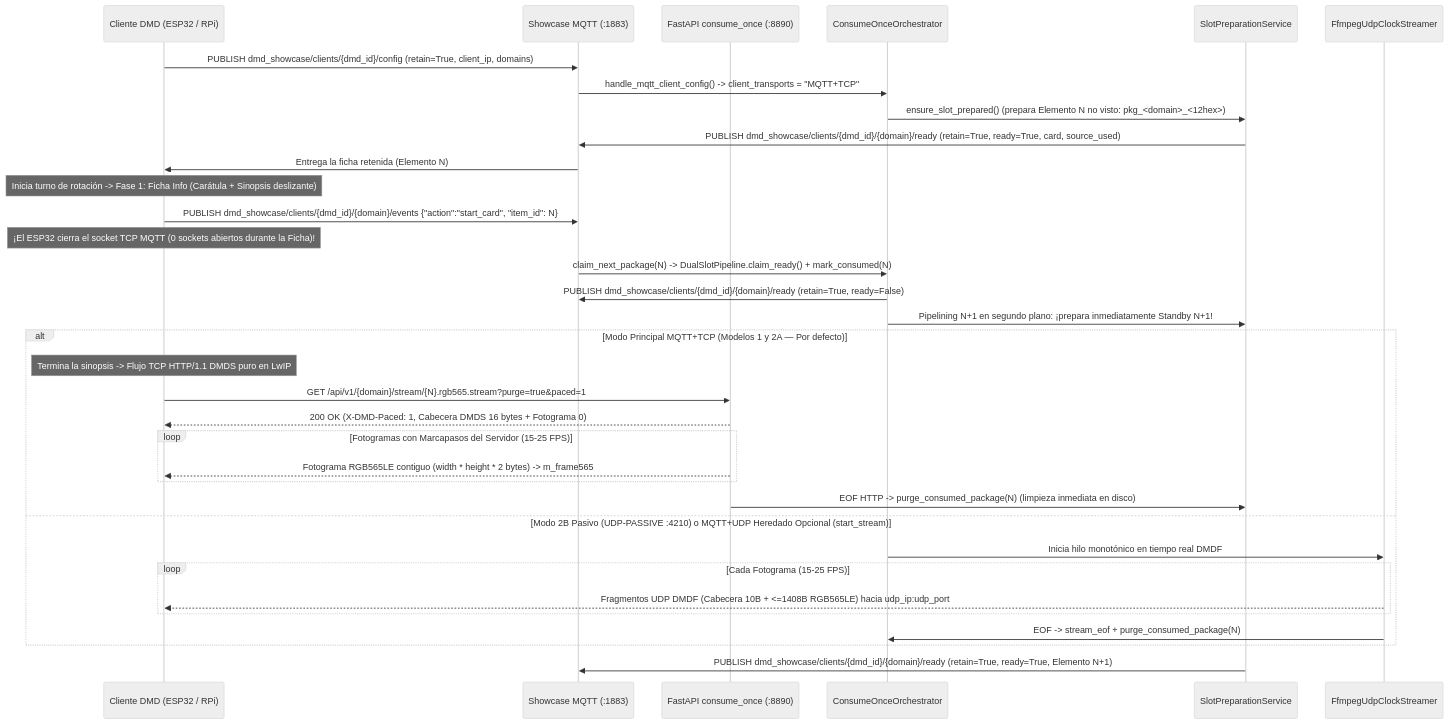
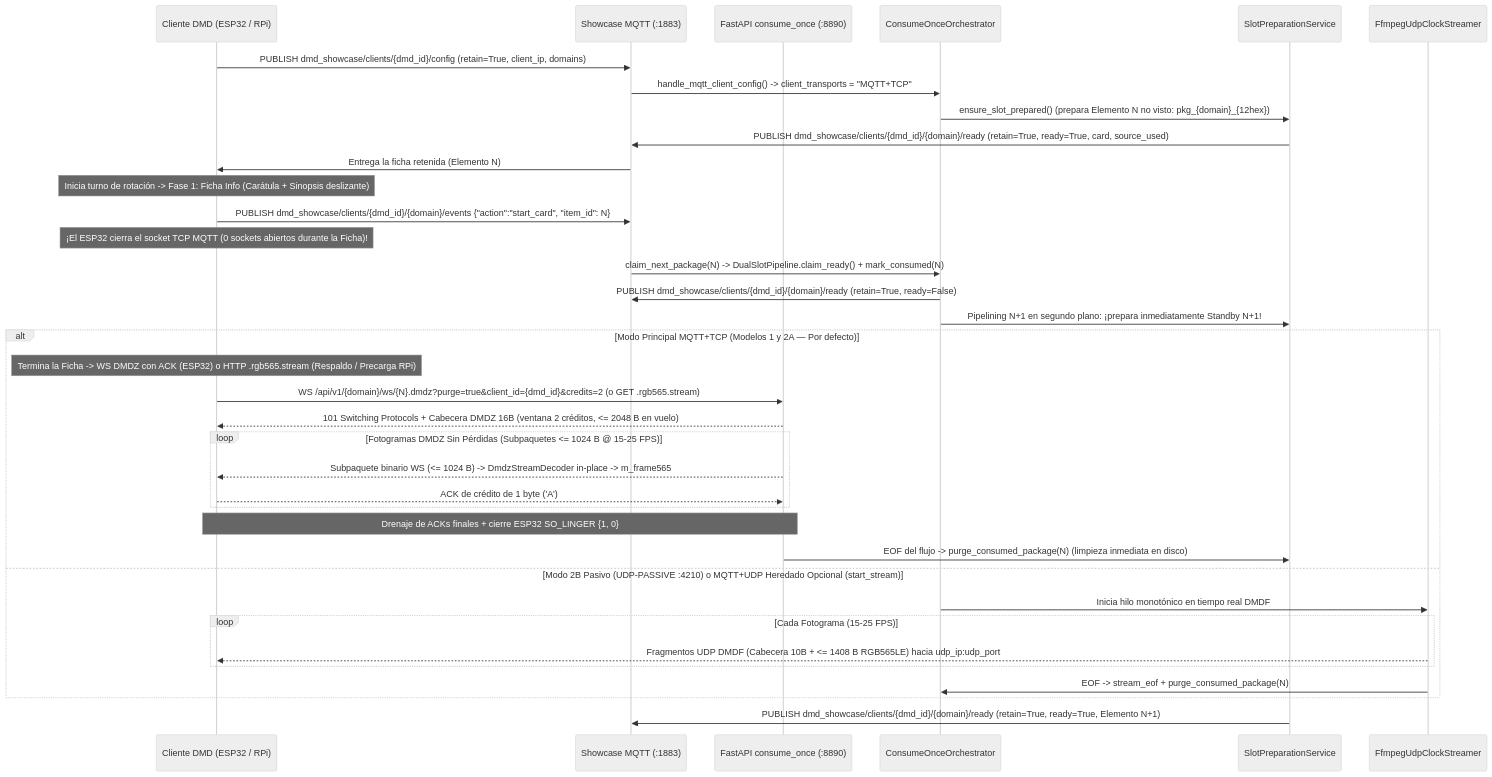
One commit to red77290/dmd_media_showcase changed the second of 2 diagrams in docs/ARCHITECTURE_ES.md. Above: the diagram before and after it, drawn with Mermaid (neutral theme). The commit also changed other lines of this file and 24 other files, not shown here.

Commit message:
docs(stream): document credit-acked DMDZ v1 WebSocket across OpenAPI, AsyncAPI, and trilingual guides

````diff
--- a/docs/ARCHITECTURE_ES.md
+++ b/docs/ARCHITECTURE_ES.md
@@ -143,39 +141,41 @@
 ```mermaid
 sequenceDiagram
     participant DMD as Cliente DMD (ESP32 / RPi)
     participant MQTT as Showcase MQTT (:1883)
     participant HTTP as FastAPI consume_once (:8890)
     participant ORCH as ConsumeOnceOrchestrator
     participant PREP as SlotPreparationService
     participant FFMPEG as FfmpegUdpClockStreamer
 
     DMD->>MQTT: PUBLISH dmd_showcase/clients/{dmd_id}/config (retain=True, client_ip, domains)
     MQTT->>ORCH: handle_mqtt_client_config() -> client_transports = "MQTT+TCP"
-    ORCH->>PREP: ensure_slot_prepared() (prepara Elemento N no visto: pkg_<domain>_<12hex>)
+    ORCH->>PREP: ensure_slot_prepared() (prepara Elemento N no visto: pkg_{domain}_{12hex})
     PREP->>MQTT: PUBLISH dmd_showcase/clients/{dmd_id}/{domain}/ready (retain=True, ready=True, card, source_used)
     MQTT->>DMD: Entrega la ficha retenida (Elemento N)
 
     Note over DMD: Inicia turno de rotación -> Fase 1: Ficha Info (Carátula + Sinopsis deslizante)
     DMD->>MQTT: PUBLISH dmd_showcase/clients/{dmd_id}/{domain}/events {"action":"start_card", "item_id": N}
     Note over DMD: ¡El ESP32 cierra el socket TCP MQTT (0 sockets abiertos durante la Ficha)!
     MQTT->>ORCH: claim_next_package(N) -> DualSlotPipeline.claim_ready() + mark_consumed(N)
     ORCH->>MQTT: PUBLISH dmd_showcase/clients/{dmd_id}/{domain}/ready (retain=True, ready=False)
     ORCH->>PREP: Pipelining N+1 en segundo plano: ¡prepara inmediatamente Standby N+1!
 
     alt Modo Principal MQTT+TCP (Modelos 1 y 2A — Por defecto)
-        Note over DMD: Termina la sinopsis -> Flujo TCP HTTP/1.1 DMDS puro en LwIP
-        DMD->>HTTP: GET /api/v1/{domain}/stream/{N}.rgb565.stream?purge=true&paced=1
-        HTTP-->>DMD: 200 OK (X-DMD-Paced: 1, Cabecera DMDS 16 bytes + Fotograma 0)
-        loop Fotogramas con Marcapasos del Servidor (15-25 FPS)
-            HTTP-->>DMD: Fotograma RGB565LE contiguo (width * height * 2 bytes) -> m_frame565
+        Note over DMD: Termina la Ficha -> WS DMDZ con ACK (ESP32) o HTTP .rgb565.stream (Respaldo / Precarga RPi)
+        DMD->>HTTP: WS /api/v1/{domain}/ws/{N}.dmdz?purge=true&client_id={dmd_id}&credits=2 (o GET .rgb565.stream)
+        HTTP-->>DMD: 101 Switching Protocols + Cabecera DMDZ 16B (ventana 2 créditos, <= 2048 B en vuelo)
+        loop Fotogramas DMDZ Sin Pérdidas (Subpaquetes <= 1024 B @ 15-25 FPS)
+            HTTP-->>DMD: Subpaquete binario WS (<= 1024 B) -> DmdzStreamDecoder in-place -> m_frame565
+            DMD-->>HTTP: ACK de crédito de 1 byte ('A')
         end
-        HTTP->>PREP: EOF HTTP -> purge_consumed_package(N) (limpieza inmediata en disco)
+        Note over DMD,HTTP: Drenaje de ACKs finales + cierre ESP32 SO_LINGER {1, 0}
+        HTTP->>PREP: EOF del flujo -> purge_consumed_package(N) (limpieza inmediata en disco)
     else Modo 2B Pasivo (UDP-PASSIVE :4210) o MQTT+UDP Heredado Opcional (start_stream)
         ORCH->>FFMPEG: Inicia hilo monotónico en tiempo real DMDF
         loop Cada Fotograma (15-25 FPS)
-            FFMPEG-->>DMD: Fragmentos UDP DMDF (Cabecera 10B + <=1408B RGB565LE) hacia udp_ip:udp_port
+            FFMPEG-->>DMD: Fragmentos UDP DMDF (Cabecera 10B + <= 1408 B RGB565LE) hacia udp_ip:udp_port
         end
         FFMPEG->>ORCH: EOF -> stream_eof + purge_consumed_package(N)
     end
     PREP->>MQTT: PUBLISH dmd_showcase/clients/{dmd_id}/{domain}/ready (retain=True, ready=True, Elemento N+1)
 ```
````
